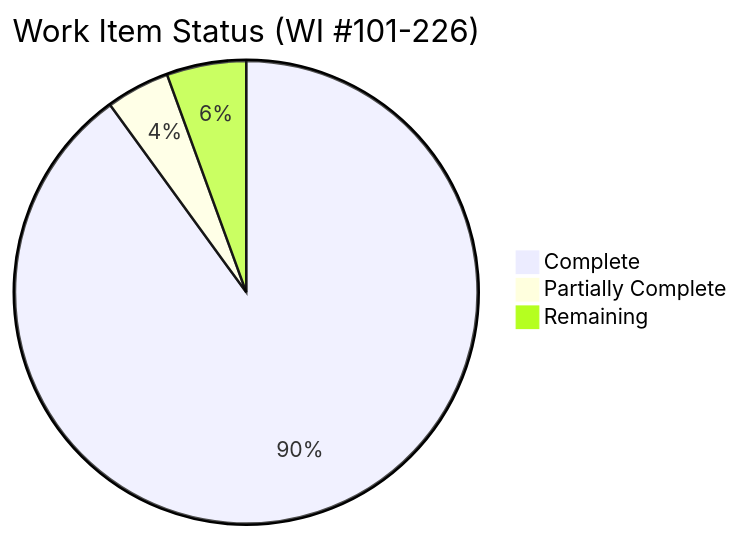
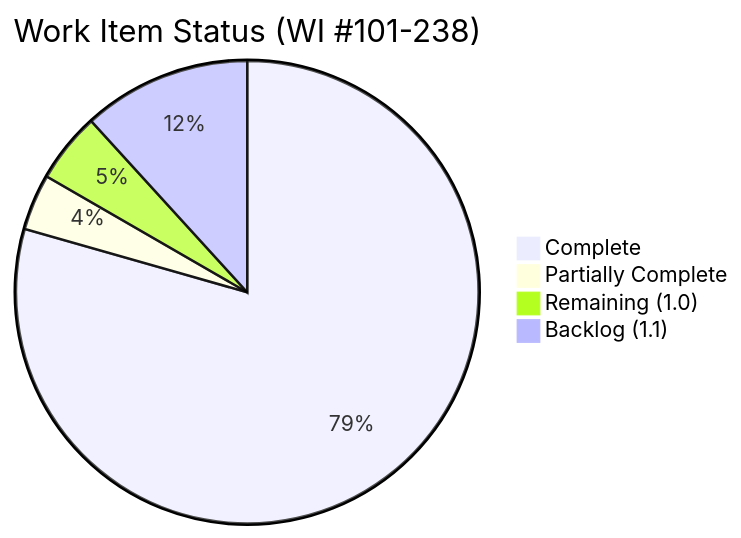
One commit to Remaker-Digital/groundtruth-kb changed the first of 3 diagrams in docs/BACKLOG-NEW-WORK-ITEMS.md. Above: the diagram before and after it, drawn with Mermaid. The commit also changed other lines of this file and 55 other files, not shown here.

````diff
--- a/docs/BACKLOG-NEW-WORK-ITEMS.md
+++ b/docs/BACKLOG-NEW-WORK-ITEMS.md
@@ -15,6 +15,7 @@
 ```mermaid
-pie title Work Item Status (WI #101-226)
+pie title Work Item Status (WI #101-238)
     "Complete" : 81
     "Partially Complete" : 4
-    "Remaining" : 5
+    "Remaining (1.0)" : 5
+    "Backlog (1.1)" : 12
 ```
````
